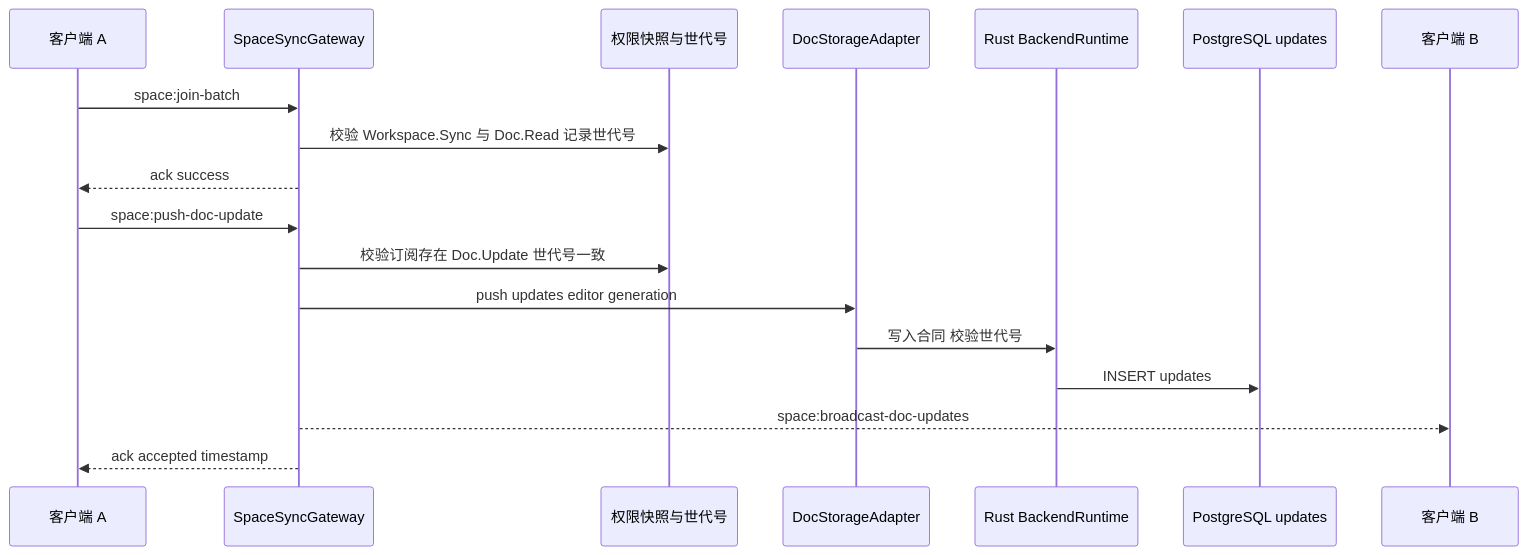
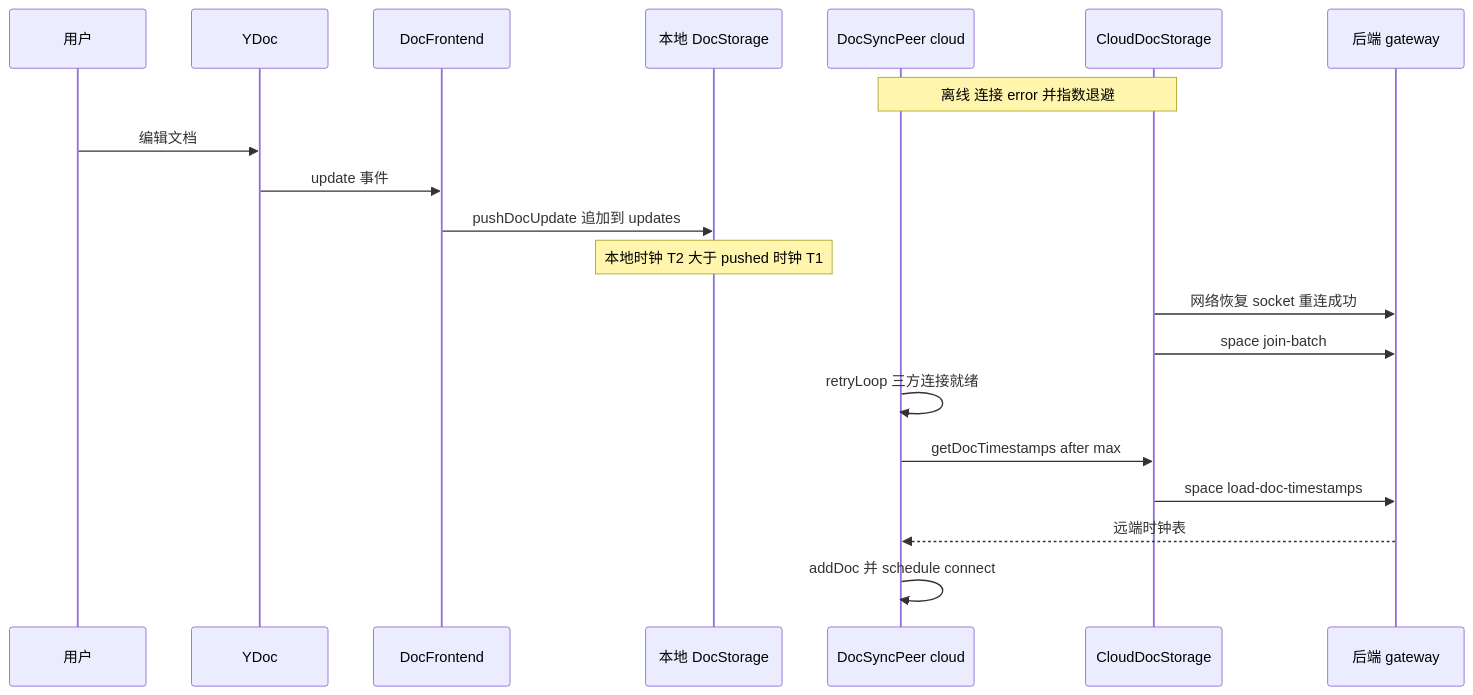
One commit to lfire/AFFiNE changed the sixth of 7 diagrams in learning-guide/slides/decks/23.md. Above: the diagram before and after it, drawn with Mermaid. The commit also changed other lines of this file and 73 other files, not shown here.

````diff
--- a/learning-guide/slides/decks/23.md
+++ b/learning-guide/slides/decks/23.md
@@ -219,20 +470,22 @@
 ```mermaid
 sequenceDiagram
-  participant A as 客户端 A
-  participant G as SpaceSyncGateway
-  participant P as 权限快照与世代号
-  participant D as DocStorageAdapter
-  participant R as Rust BackendRuntime
-  participant DB as PostgreSQL updates
-  participant B as 客户端 B
-  A->>G: space:join-batch
-  G->>P: 校验 Workspace.Sync 与 Doc.Read 记录世代号
-  G-->>A: ack success
-  A->>G: space:push-doc-update
-  G->>P: 校验订阅存在 Doc.Update 世代号一致
-  G->>D: push updates editor generation
-  D->>R: 写入合同 校验世代号
-  R->>DB: INSERT updates
-  G-->>B: space:broadcast-doc-updates
-  G-->>A: ack accepted timestamp
+  participant U as 用户
+  participant Y as YDoc
+  participant DF as DocFrontend
+  participant L as 本地 DocStorage
+  participant P as DocSyncPeer cloud
+  participant C as CloudDocStorage
+  participant S as 后端 gateway
+  Note over P,C: 离线 连接 error 并指数退避
+  U->>Y: 编辑文档
+  Y->>DF: update 事件
+  DF->>L: pushDocUpdate 追加到 updates
+  Note over L: 本地时钟 T2 大于 pushed 时钟 T1
+  C->>S: 网络恢复 socket 重连成功
+  C->>S: space join-batch
+  P->>P: retryLoop 三方连接就绪
+  P->>C: getDocTimestamps after max
+  C->>S: space load-doc-timestamps
+  S-->>P: 远端时钟表
+  P->>P: addDoc 并 schedule connect
 ```
````
